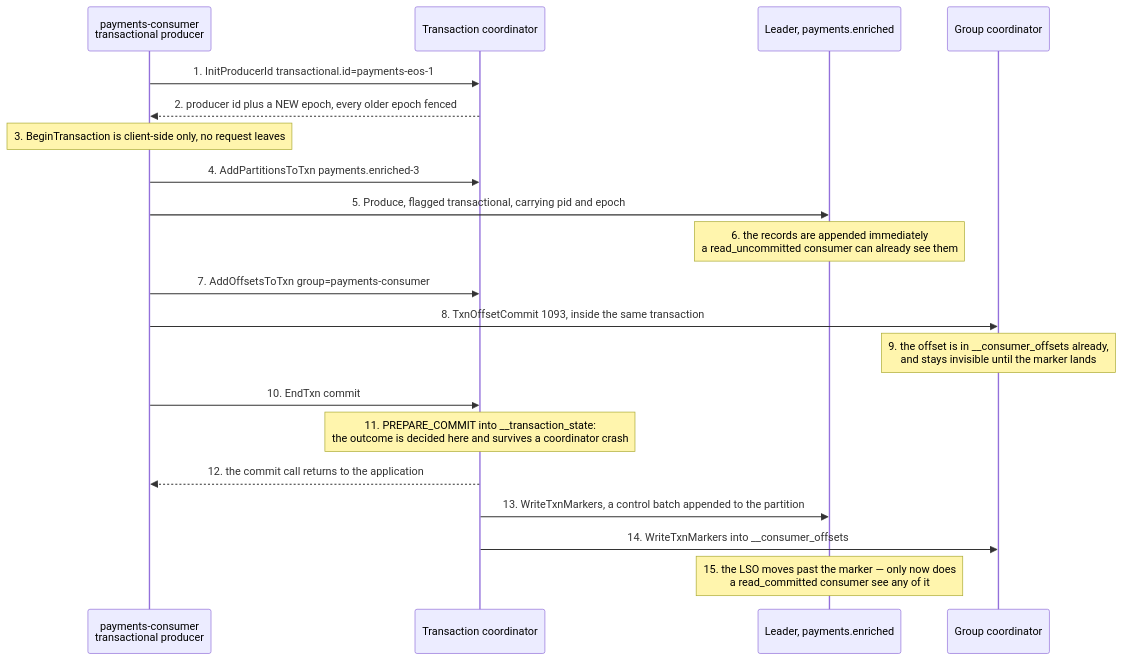
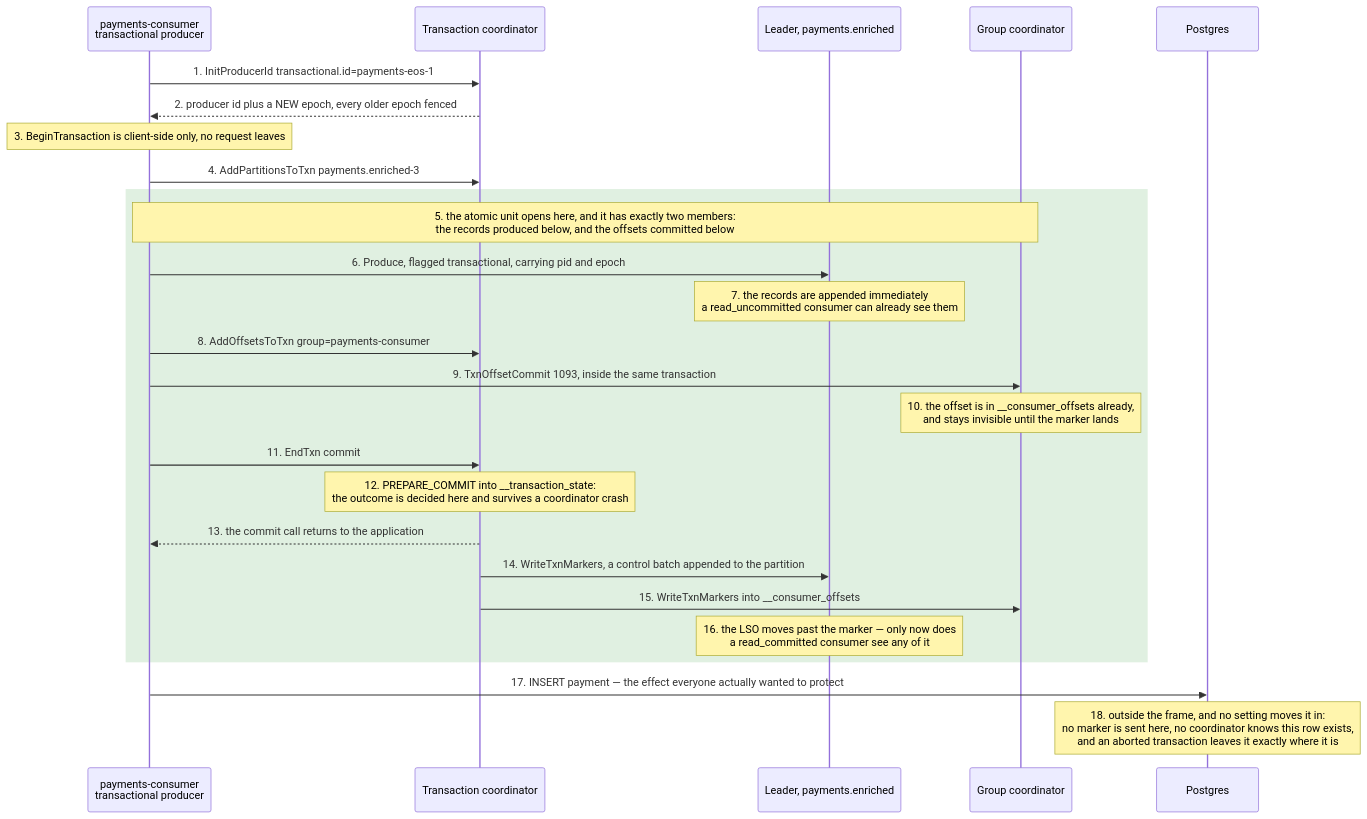
One commit to DmytroLysenko1/Kafka-lab changed the diagram in docs/static/10-transactions-eos.md. Above: the diagram before and after it, drawn with Mermaid. The commit also changed other lines of this file and 10 other files, not shown here.

Commit message:
drew the boundary in every diagram instead of captioning it

````diff
--- a/docs/static/10-transactions-eos.md
+++ b/docs/static/10-transactions-eos.md
@@ -9,26 +9,34 @@
 ```mermaid
 sequenceDiagram
     participant C as payments-consumer<br/>transactional producer
     participant TC as Transaction coordinator
     participant P as Leader, payments.enriched
     participant GC as Group coordinator
+    participant PG as Postgres
 
     C->>TC: 1. InitProducerId transactional.id=payments-eos-1
     TC-->>C: 2. producer id plus a NEW epoch, every older epoch fenced
     Note over C: 3. BeginTransaction is client-side only, no request leaves
 
     C->>TC: 4. AddPartitionsToTxn payments.enriched-3
-    C->>P: 5. Produce, flagged transactional, carrying pid and epoch
-    Note over P: 6. the records are appended immediately<br/>a read_uncommitted consumer can already see them
 
-    C->>TC: 7. AddOffsetsToTxn group=payments-consumer
-    C->>GC: 8. TxnOffsetCommit 1093, inside the same transaction
-    Note over GC: 9. the offset is in __consumer_offsets already,<br/>and stays invisible until the marker lands
+    rect rgba(67, 160, 71, 0.16)
+        Note over C,GC: 5. the atomic unit opens here, and it has exactly two members:<br/>the records produced below, and the offsets committed below
+        C->>P: 6. Produce, flagged transactional, carrying pid and epoch
+        Note over P: 7. the records are appended immediately<br/>a read_uncommitted consumer can already see them
 
-    C->>TC: 10. EndTxn commit
-    Note over TC: 11. PREPARE_COMMIT into __transaction_state:<br/>the outcome is decided here and survives a coordinator crash
-    TC-->>C: 12. the commit call returns to the application
-    TC->>P: 13. WriteTxnMarkers, a control batch appended to the partition
-    TC->>GC: 14. WriteTxnMarkers into __consumer_offsets
-    Note over P: 15. the LSO moves past the marker — only now does<br/>a read_committed consumer see any of it
+        C->>TC: 8. AddOffsetsToTxn group=payments-consumer
+        C->>GC: 9. TxnOffsetCommit 1093, inside the same transaction
+        Note over GC: 10. the offset is in __consumer_offsets already,<br/>and stays invisible until the marker lands
+
+        C->>TC: 11. EndTxn commit
+        Note over TC: 12. PREPARE_COMMIT into __transaction_state:<br/>the outcome is decided here and survives a coordinator crash
+        TC-->>C: 13. the commit call returns to the application
+        TC->>P: 14. WriteTxnMarkers, a control batch appended to the partition
+        TC->>GC: 15. WriteTxnMarkers into __consumer_offsets
+        Note over P: 16. the LSO moves past the marker — only now does<br/>a read_committed consumer see any of it
+    end
+
+    C->>PG: 17. INSERT payment — the effect everyone actually wanted to protect
+    Note over PG: 18. outside the frame, and no setting moves it in:<br/>no marker is sent here, no coordinator knows this row exists,<br/>and an aborted transaction leaves it exactly where it is
 ```
````
